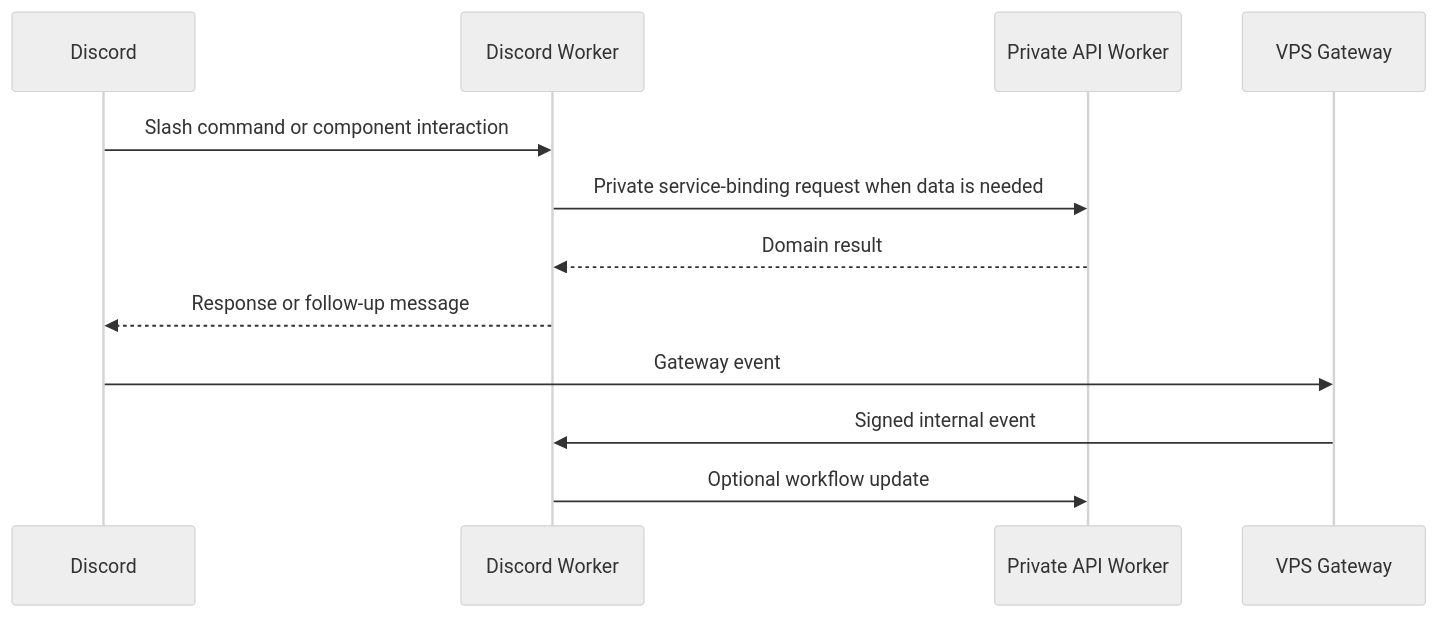
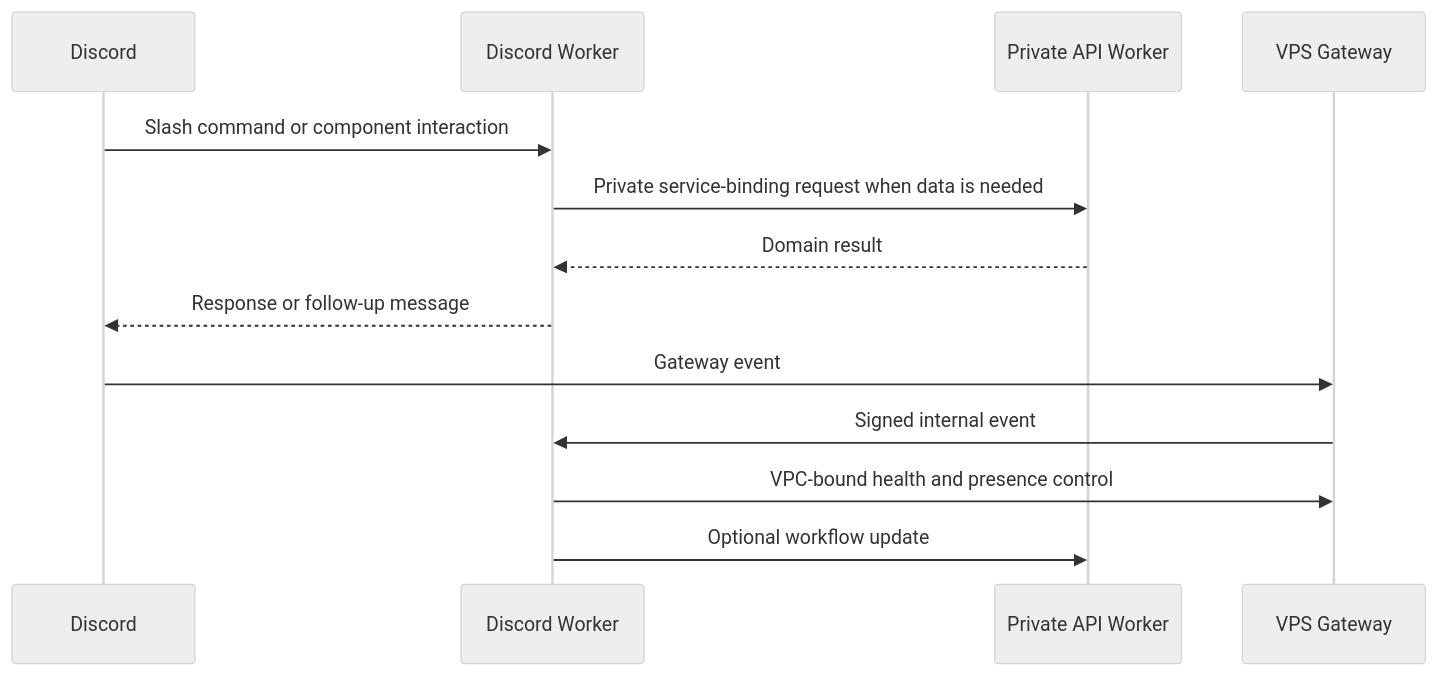
Before and after one commit to PurduePhotographyClub/purdue-photo-discord: the second of 2 diagrams in README.md, drawn with Mermaid (neutral theme). The commit also changed other lines of this file and 15 other files, not shown here.

Commit message:
Use Workers VPC for Discord Gateway (#19)

````diff
--- a/README.md
+++ b/README.md
@@ -40,15 +41,16 @@
 ```mermaid
 sequenceDiagram
   participant Discord
   participant Worker as Discord Worker
   participant API as Private API Worker
   participant Gateway as VPS Gateway
 
   Discord->>Worker: Slash command or component interaction
   Worker->>API: Private service-binding request when data is needed
   API-->>Worker: Domain result
   Worker-->>Discord: Response or follow-up message
   Discord->>Gateway: Gateway event
   Gateway->>Worker: Signed internal event
+  Worker->>Gateway: VPC-bound health and presence control
   Worker->>API: Optional workflow update
 ```
````
